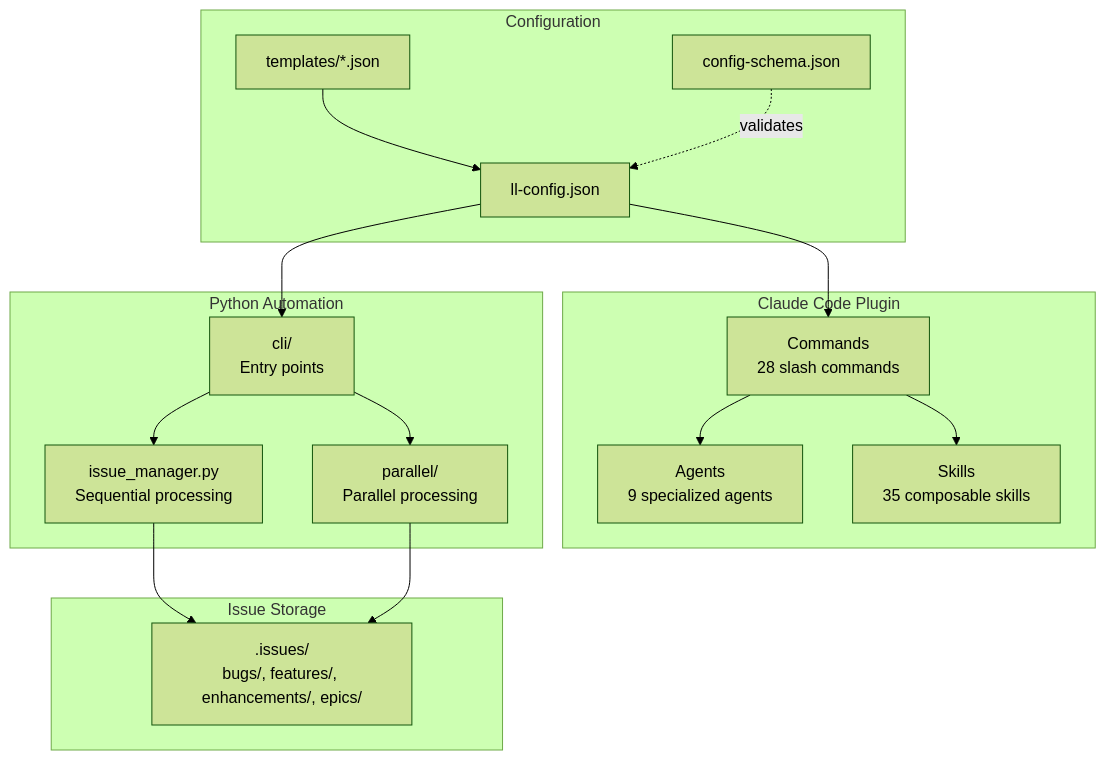
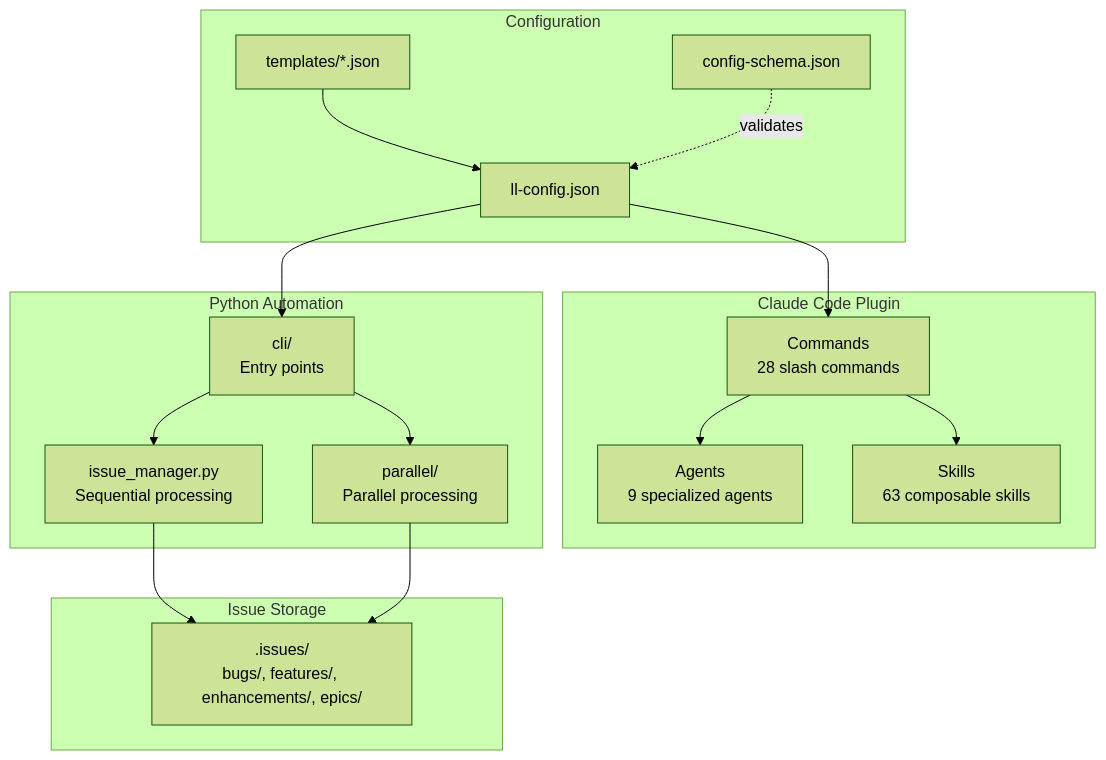
One commit to BrennonTWilliams/little-loops changed the first of 16 diagrams in docs/ARCHITECTURE.md. Above: the diagram before and after it, drawn with Mermaid (forest theme). The commit also changed other lines of this file and 6 other files, not shown here.

````diff
--- a/docs/ARCHITECTURE.md
+++ b/docs/ARCHITECTURE.md
@@ -21,35 +21,35 @@
 ```mermaid
 flowchart TB
     subgraph "Claude Code Plugin"
         CMD[Commands<br/>28 slash commands]
         AGT[Agents<br/>9 specialized agents]
-        SKL[Skills<br/>35 composable skills]
+        SKL[Skills<br/>63 composable skills]
     end
 
     subgraph "Configuration"
         CFG[ll-config.json]
         SCHEMA[config-schema.json]
         TPL[templates/*.json]
     end
 
     subgraph "Python Automation"
         CLI[cli/<br/>Entry points]
         AUTO[issue_manager.py<br/>Sequential processing]
         PARALLEL[parallel/<br/>Parallel processing]
     end
 
     subgraph "Issue Storage"
         ISSUES[.issues/<br/>bugs/, features/, enhancements/, epics/]
     end
 
     CFG --> CMD
     TPL --> CFG
     SCHEMA -.->|validates| CFG
     CFG --> CLI
     CMD --> AGT
     CMD --> SKL
     CLI --> AUTO
     CLI --> PARALLEL
     AUTO --> ISSUES
     PARALLEL --> ISSUES
 ```
````
